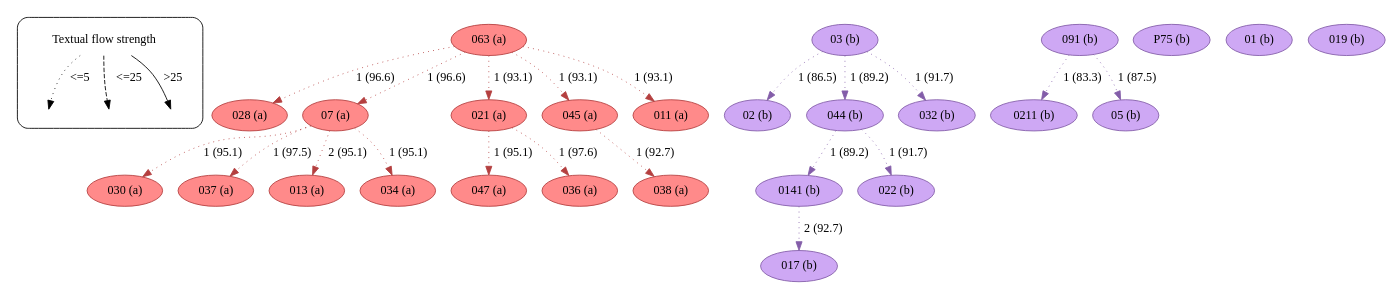
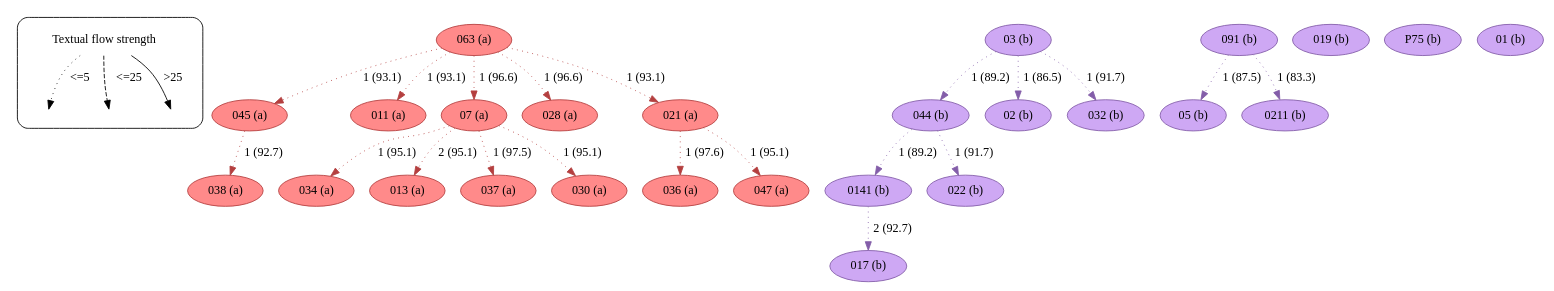
One commit to edmondac/CBGM changed the diagram in example/c2/textual_flow_22_76_c2.dot. Above: the diagram before and after it, drawn with Graphviz. The commit also changed other lines of this file and 168 other files, not shown here.

```diff
--- a/example/c2/textual_flow_22_76_c2.dot
+++ b/example/c2/textual_flow_22_76_c2.dot
@@ -1,190 +1,190 @@
 strict digraph  {
 	node [label="\N"];
 	subgraph cluster_legend {
 		graph [style=rounded];
 		leg_s		 [label="Textual flow strength",
 			shape=plaintext];
 		leg_e1		 [fixedsize=True,
 			height=0.2,
 			label="",
 			style=invis];
 		leg_s -> leg_e1		 [label="<=5  ",
 			style=dotted];
 		leg_e2		 [fixedsize=True,
 			height=0.2,
 			label="",
 			style=invis];
 		leg_s -> leg_e2		 [label="  <=25",
 			style=dashed];
 		leg_e3		 [fixedsize=True,
 			height=0.2,
 			label="",
 			style=invis];
 		leg_s -> leg_e3		 [label=">25",
 			style=solid];
 	}
 	063	 [color="#b43f3f",
 		fillcolor="#FF8A8A",
 		label="063 (a)",
 		style=filled];
-	028	 [color="#b43f3f",
-		fillcolor="#FF8A8A",
-		label="028 (a)",
-		style=filled];
-	063 -> 028	 [color="#b43f3f",
-		label="1 (96.6)",
-		style=dotted];
-	07	 [color="#b43f3f",
-		fillcolor="#FF8A8A",
-		label="07 (a)",
-		style=filled];
-	063 -> 07	 [color="#b43f3f",
-		label="1 (96.6)",
-		style=dotted];
-	021	 [color="#b43f3f",
-		fillcolor="#FF8A8A",
-		label="021 (a)",
-		style=filled];
-	063 -> 021	 [color="#b43f3f",
-		label="1 (93.1)",
-		style=dotted];
 	045	 [color="#b43f3f",
 		fillcolor="#FF8A8A",
 		label="045 (a)",
 		style=filled];
 	063 -> 045	 [color="#b43f3f",
 		label="1 (93.1)",
 		style=dotted];
 	011	 [color="#b43f3f",
 		fillcolor="#FF8A8A",
 		label="011 (a)",
 		style=filled];
 	063 -> 011	 [color="#b43f3f",
 		label="1 (93.1)",
 		style=dotted];
-	030	 [color="#b43f3f",
+	07	 [color="#b43f3f",
 		fillcolor="#FF8A8A",
-		label="030 (a)",
+		label="07 (a)",
 		style=filled];
-	07 -> 030	 [color="#b43f3f",
+	063 -> 07	 [color="#b43f3f",
+		label="1 (96.6)",
+		style=dotted];
+	028	 [color="#b43f3f",
+		fillcolor="#FF8A8A",
+		label="028 (a)",
+		style=filled];
+	063 -> 028	 [color="#b43f3f",
+		label="1 (96.6)",
+		style=dotted];
+	021	 [color="#b43f3f",
+		fillcolor="#FF8A8A",
+		label="021 (a)",
+		style=filled];
+	063 -> 021	 [color="#b43f3f",
+		label="1 (93.1)",
+		style=dotted];
+	038	 [color="#b43f3f",
+		fillcolor="#FF8A8A",
+		label="038 (a)",
+		style=filled];
+	045 -> 038	 [color="#b43f3f",
+		label="1 (92.7)",
+		style=dotted];
+	034	 [color="#b43f3f",
+		fillcolor="#FF8A8A",
+		label="034 (a)",
+		style=filled];
+	07 -> 034	 [color="#b43f3f",
 		label="1 (95.1)",
+		style=dotted];
+	013	 [color="#b43f3f",
+		fillcolor="#FF8A8A",
+		label="013 (a)",
+		style=filled];
+	07 -> 013	 [color="#b43f3f",
+		label="2 (95.1)",
 		style=dotted];
 	037	 [color="#b43f3f",
 		fillcolor="#FF8A8A",
 		label="037 (a)",
 		style=filled];
 	07 -> 037	 [color="#b43f3f",
 		label="1 (97.5)",
 		style=dotted];
-	013	 [color="#b43f3f",
+	030	 [color="#b43f3f",
 		fillcolor="#FF8A8A",
-		label="013 (a)",
+		label="030 (a)",
 		style=filled];
-	07 -> 013	 [color="#b43f3f",
-		label="2 (95.1)",
-		style=dotted];
-	034	 [color="#b43f3f",
-		fillcolor="#FF8A8A",
-		label="034 (a)",
-		style=filled];
-	07 -> 034	 [color="#b43f3f",
-		label="1 (95.1)",
-		style=dotted];
-	047	 [color="#b43f3f",
-		fillcolor="#FF8A8A",
-		label="047 (a)",
-		style=filled];
-	021 -> 047	 [color="#b43f3f",
+	07 -> 030	 [color="#b43f3f",
 		label="1 (95.1)",
 		style=dotted];
 	036	 [color="#b43f3f",
 		fillcolor="#FF8A8A",
 		label="036 (a)",
 		style=filled];
 	021 -> 036	 [color="#b43f3f",
 		label="1 (97.6)",
 		style=dotted];
-	038	 [color="#b43f3f",
+	047	 [color="#b43f3f",
 		fillcolor="#FF8A8A",
-		label="038 (a)",
+		label="047 (a)",
 		style=filled];
-	045 -> 038	 [color="#b43f3f",
-		label="1 (92.7)",
-		style=dotted];
-	0141	 [color="#835da9",
-		fillcolor="#CEA8F4",
-		label="0141 (b)",
-		style=filled];
-	017	 [color="#835da9",
-		fillcolor="#CEA8F4",
-		label="017 (b)",
-		style=filled];
-	0141 -> 017	 [color="#835da9",
-		label="2 (92.7)",
+	021 -> 047	 [color="#b43f3f",
+		label="1 (95.1)",
 		style=dotted];
 	03	 [color="#835da9",
 		fillcolor="#CEA8F4",
 		label="03 (b)",
 		style=filled];
+	044	 [color="#835da9",
+		fillcolor="#CEA8F4",
+		label="044 (b)",
+		style=filled];
+	03 -> 044	 [color="#835da9",
+		label="1 (89.2)",
+		style=dotted];
 	02	 [color="#835da9",
 		fillcolor="#CEA8F4",
 		label="02 (b)",
 		style=filled];
 	03 -> 02	 [color="#835da9",
 		label="1 (86.5)",
-		style=dotted];
-	044	 [color="#835da9",
-		fillcolor="#CEA8F4",
-		label="044 (b)",
-		style=filled];
-	03 -> 044	 [color="#835da9",
-		label="1 (89.2)",
 		style=dotted];
 	032	 [color="#835da9",
 		fillcolor="#CEA8F4",
 		label="032 (b)",
 		style=filled];
 	03 -> 032	 [color="#835da9",
 		label="1 (91.7)",
 		style=dotted];
+	0141	 [color="#835da9",
+		fillcolor="#CEA8F4",
+		label="0141 (b)",
+		style=filled];
 	044 -> 0141	 [color="#835da9",
 		label="1 (89.2)",
 		style=dotted];
 	022	 [color="#835da9",
 		fillcolor="#CEA8F4",
 		label="022 (b)",
 		style=filled];
 	044 -> 022	 [color="#835da9",
 		label="1 (91.7)",
 		style=dotted];
 	091	 [color="#835da9",
 		fillcolor="#CEA8F4",
 		label="091 (b)",
 		style=filled];
+	05	 [color="#835da9",
+		fillcolor="#CEA8F4",
+		label="05 (b)",
+		style=filled];
+	091 -> 05	 [color="#835da9",
+		label="1 (87.5)",
+		style=dotted];
 	0211	 [color="#835da9",
 		fillcolor="#CEA8F4",
 		label="0211 (b)",
 		style=filled];
 	091 -> 0211	 [color="#835da9",
 		label="1 (83.3)",
 		style=dotted];
-	05	 [color="#835da9",
+	017	 [color="#835da9",
 		fillcolor="#CEA8F4",
-		label="05 (b)",
+		label="017 (b)",
 		style=filled];
-	091 -> 05	 [color="#835da9",
-		label="1 (87.5)",
+	0141 -> 017	 [color="#835da9",
+		label="2 (92.7)",
 		style=dotted];
+	019	 [color="#835da9",
+		fillcolor="#CEA8F4",
+		label="019 (b)",
+		style=filled];
 	P75	 [color="#835da9",
 		fillcolor="#CEA8F4",
 		label="P75 (b)",
 		style=filled];
 	01	 [color="#835da9",
 		fillcolor="#CEA8F4",
 		label="01 (b)",
 		style=filled];
-	019	 [color="#835da9",
-		fillcolor="#CEA8F4",
-		label="019 (b)",
-		style=filled];
 }
```
